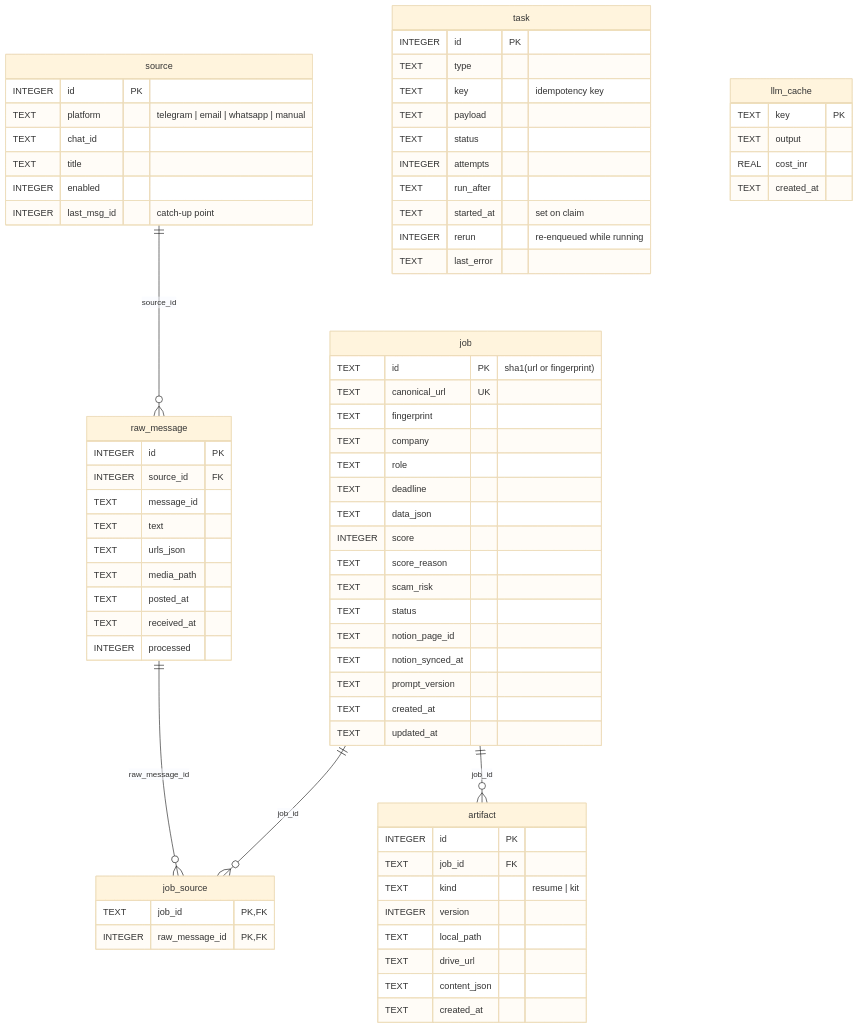
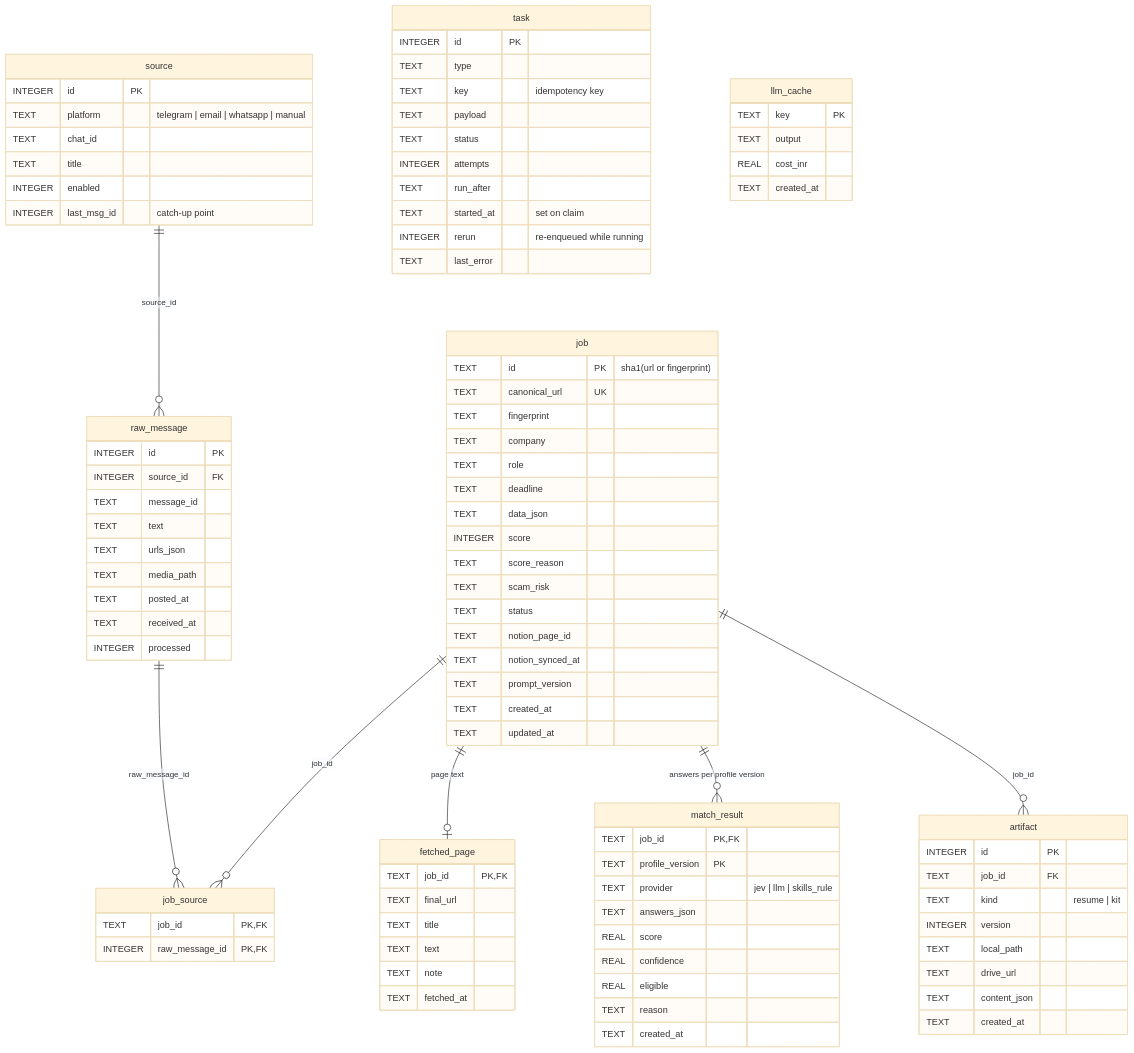
One commit to ThePlator/JobRadar changed the first of 7 diagrams in docs/LLD.md. Above: the diagram before and after it, drawn with Mermaid (base theme). The commit also changed other lines of this file and 3 other files, not shown here.

````diff
--- a/docs/LLD.md
+++ b/docs/LLD.md
@@ -181,5 +205,7 @@
 ```mermaid
 erDiagram
+    job ||--o| fetched_page : "page text"
+    job ||--o{ match_result : "answers per profile version"
     source ||--o{ raw_message : "source_id"
     raw_message ||--o{ job_source : "raw_message_id"
     job ||--o{ job_source : "job_id"
@@ -254,4 +280,23 @@
         REAL cost_inr
         TEXT created_at
     }
+    fetched_page {
+        TEXT job_id PK, FK
+        TEXT final_url
+        TEXT title
+        TEXT text
+        TEXT note
+        TEXT fetched_at
+    }
+    match_result {
+        TEXT job_id PK, FK
+        TEXT profile_version PK
+        TEXT provider "jev | llm | skills_rule"
+        TEXT answers_json
+        REAL score
+        REAL confidence
+        REAL eligible
+        TEXT reason
+        TEXT created_at
+    }
 ```
````
